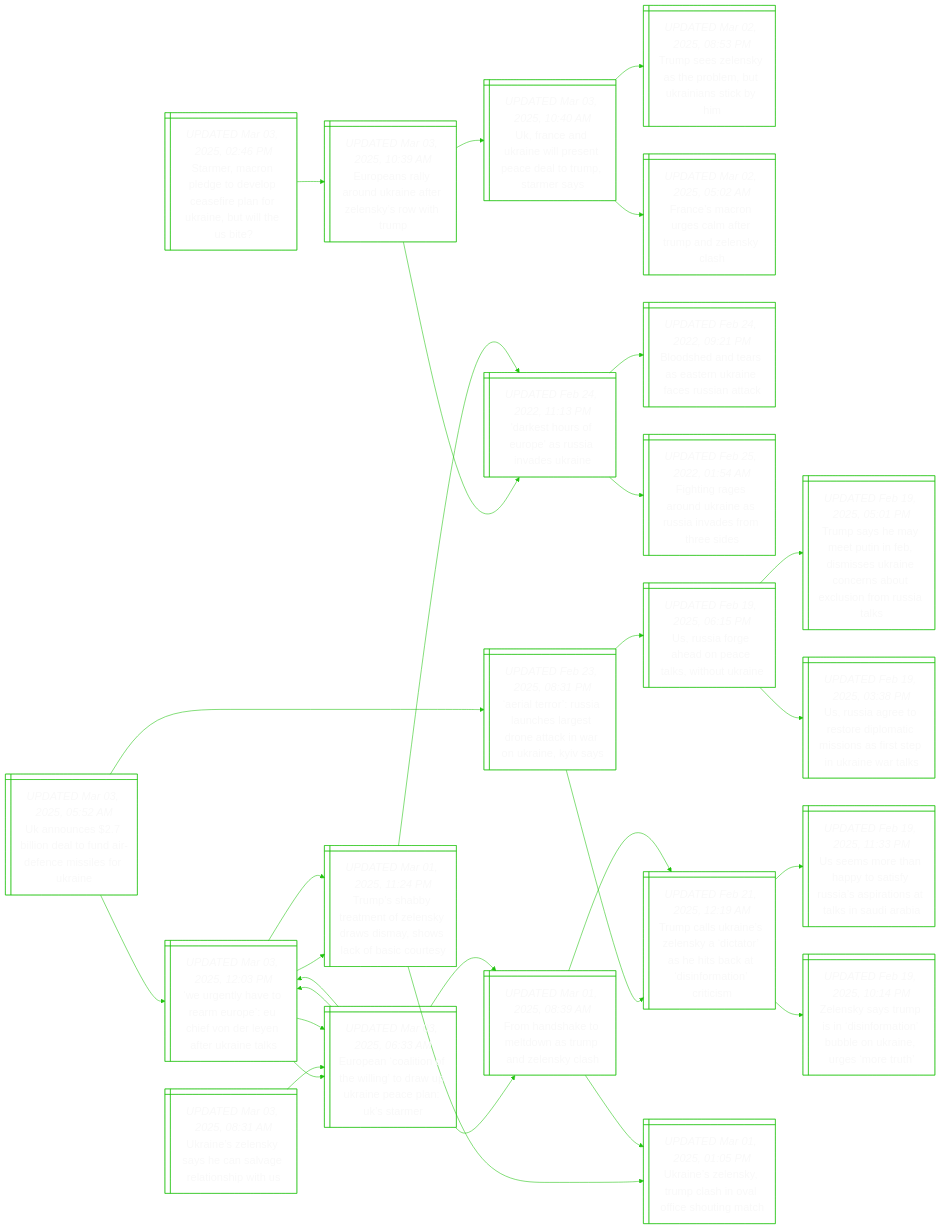
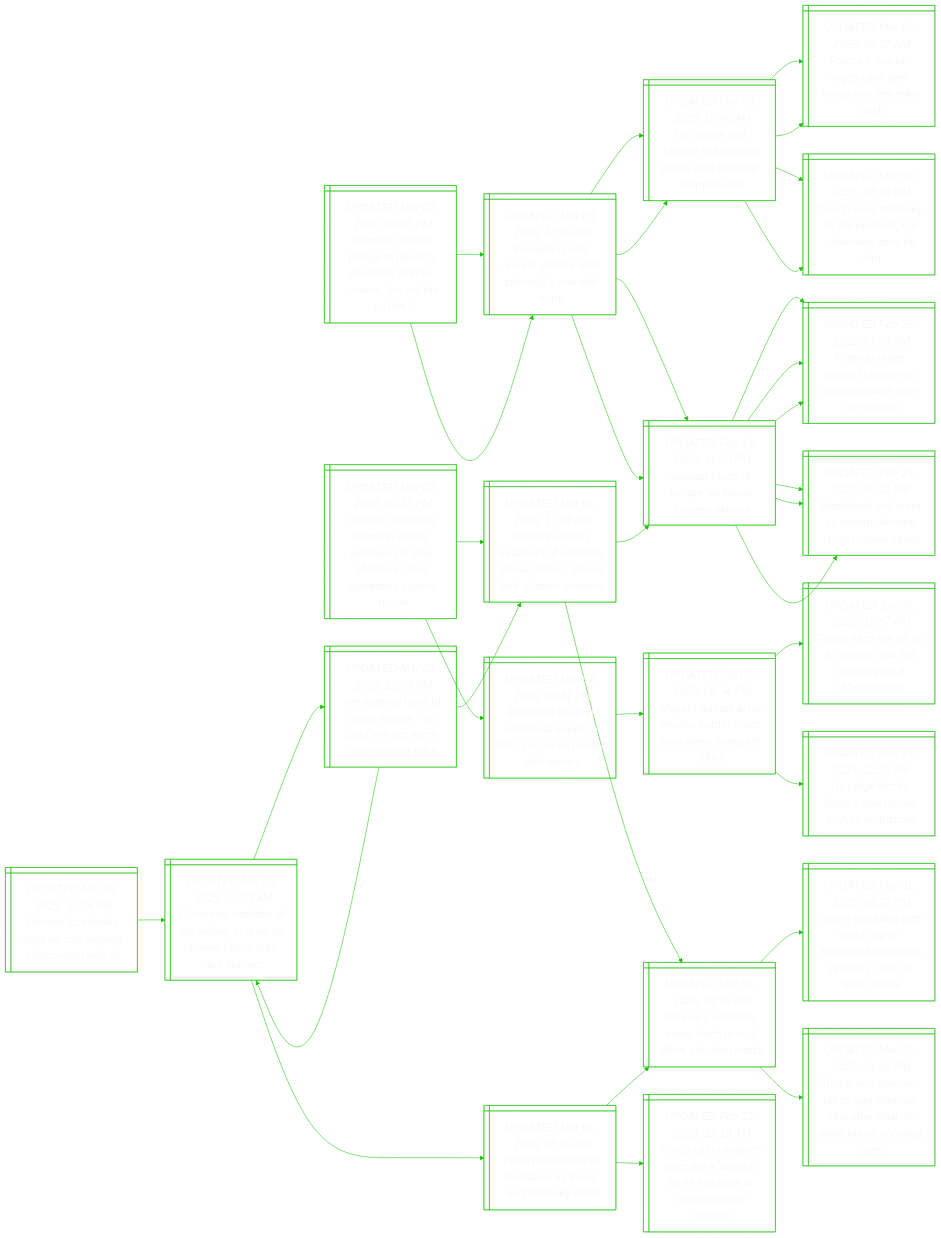
Before and after one commit to notJmes/notJmes: the diagram in README.md, drawn with Mermaid. The commit also changed other lines of this file, not shown here.

```diff
--- a/README.md
+++ b/README.md
@@ -16,8 +16,22 @@
 flowchart LR
 classDef txtsize font-size:20px;
 
-Sereolarnkeiet@{ shape: win-pane, label: "_UPDATED Mar 03, 2025, 02:46 PM_
+Sereolarnkeiet@{ shape: win-pane, label: "_UPDATED Mar 03, 2025, 06:16 PM_
 Starmer, macron pledge to develop ceasefire plan for ukraine, but will the us bite?" }
+EearUneesiu@{ shape: win-pane, label: "_UPDATED Mar 03, 2025, 10:39 AM_
+Europeans rally around ukraine after zelensky’s row with trump" }
+UndilseeTSes@{ shape: win-pane, label: "_UPDATED Mar 03, 2025, 10:40 AM_
+Uk, france and ukraine will present peace deal to trump, starmer says" }
+Tsekhbuanci@{ shape: win-pane, label: "_UPDATED Mar 02, 2025, 08:53 PM_
+Trump sees zelensky as the problem, but ukrainians stick by him" }
+FerglemZsa@{ shape: win-pane, label: "_UPDATED Mar 02, 2025, 05:02 AM_
+France’s macron urges calm after trump and zelensky clash" }
+DsruasvUn@{ shape: win-pane, label: "_UPDATED Feb 24, 2022, 11:13 PM_
+'darkest hours of europe' as russia invades ukraine" }
+Bsnranicsak@{ shape: win-pane, label: "_UPDATED Feb 24, 2022, 09:21 PM_
+Bloodshed and tears as eastern ukraine faces russian attack" }
+Figokesnsts@{ shape: win-pane, label: "_UPDATED Feb 25, 2022, 01:54 AM_
+Fighting rages around ukraine as russia invades from three sides" }
 EearUneesiu@{ shape: win-pane, label: "_UPDATED Mar 03, 2025, 10:39 AM_
 Europeans rally around ukraine after zelensky’s row with trump" }
 UndilseeTSes@{ shape: win-pane, label: "_UPDATED Mar 03, 2025, 10:40 AM_
@@ -40,54 +54,52 @@
 EearUneesiu:::txtsize --> DsruasvUn:::txtsize
 DsruasvUn:::txtsize --> Bsnranicsak:::txtsize
 DsruasvUn:::txtsize --> Figokesnsts:::txtsize
+Sereolarnkeiet:::txtsize --> EearUneesiu:::txtsize
+EearUneesiu:::txtsize --> UndilseeTSes:::txtsize
+UndilseeTSes:::txtsize --> Tsekhbuanci:::txtsize
+UndilseeTSes:::txtsize --> FerglemZsa:::txtsize
+EearUneesiu:::txtsize --> DsruasvUn:::txtsize
+DsruasvUn:::txtsize --> Bsnranicsak:::txtsize
+DsruasvUn:::txtsize --> Figokesnsts:::txtsize
 
-Uosiaurnsske@{ shape: win-pane, label: "_UPDATED Mar 03, 2025, 05:52 AM_
-Uk announces $2.7 billion deal to fund air-defence missiles for ukraine" }
-Alosuseotnniis@{ shape: win-pane, label: "_UPDATED Feb 23, 2025, 08:31 PM_
-‘aerial terror’: russia launches largest drone attack in war on ukraine, kyiv says" }
-TcUnlytaicioiis@{ shape: win-pane, label: "_UPDATED Feb 21, 2025, 12:19 AM_
-Trump calls ukraine’s zelensky a ‘dictator’ as he hits back at ‘disinformation’ criticism" }
-Umehtiusrnanii@{ shape: win-pane, label: "_UPDATED Feb 19, 2025, 11:33 PM_
-Us seems more than happy to satisfy russia’s aspirations at talks in saudi arabia" }
-Zsymnnaberumr@{ shape: win-pane, label: "_UPDATED Feb 19, 2025, 10:14 PM_
-Zelensky says trump is in ‘disinformation’ bubble on ukraine, urges ‘more truth’" }
-Usreptwua@{ shape: win-pane, label: "_UPDATED Feb 19, 2025, 06:15 PM_
-Us, russia forge ahead on peace talks, without ukraine" }
-TseetFseaonulnRas@{ shape: win-pane, label: "_UPDATED Feb 19, 2025, 05:01 PM_
-Trump says he may meet putin in feb, dismisses ukraine concerns about exclusion from russia talks" }
-Usrrrlisasprwl@{ shape: win-pane, label: "_UPDATED Feb 19, 2025, 03:38 PM_
-Us, russia agree to restore diplomatic missions as first step in ukraine war talks" }
-WehomphoLaUnk@{ shape: win-pane, label: "_UPDATED Mar 03, 2025, 12:03 PM_
-‘we urgently have to rearm europe’: eu chief von der leyen after ukraine talks" }
-Eeaohlouaelsm@{ shape: win-pane, label: "_UPDATED Mar 03, 2025, 06:33 AM_
-European ‘coalition of the willing’ to draw up ukraine peace plan: uk’s starmer" }
-FaamoTalyh@{ shape: win-pane, label: "_UPDATED Mar 01, 2025, 08:39 AM_
-From handshake to meltdown as trump and zelensky clash" }
-WehomphoLaUnk@{ shape: win-pane, label: "_UPDATED Mar 03, 2025, 12:03 PM_
-‘we urgently have to rearm europe’: eu chief von der leyen after ukraine talks" }
+Dcryedeotfverniu@{ shape: win-pane, label: "_UPDATED Mar 03, 2025, 02:13 PM_
+Defence secretary hegseth orders pentagon to stop offensive cyber operations against russia" }
 Tsbatlysawksuy@{ shape: win-pane, label: "_UPDATED Mar 01, 2025, 11:24 PM_
 Trump’s shabby treatment of zelensky draws dismay, shows lack of basic courtesy" }
 Unlyphaiogh@{ shape: win-pane, label: "_UPDATED Mar 01, 2025, 01:05 PM_
 Ukraine’s zelensky, trump clash in oval office shouting match" }
+TalytnretaWHsit@{ shape: win-pane, label: "_UPDATED Mar 01, 2025, 01:39 PM_
+Trump and zelensky fail to sign minerals deal after clash in white house shouting match" }
+YgitlIcsTZsaWH@{ shape: win-pane, label: "_UPDATED Mar 01, 2025, 06:27 PM_
+‘you’re gambling with world war iii’: excerpts from trump-zelensky clash at white house" }
 DsruasvUn@{ shape: win-pane, label: "_UPDATED Feb 24, 2022, 11:13 PM_
 'darkest hours of europe' as russia invades ukraine" }
+Bsnranicsak@{ shape: win-pane, label: "_UPDATED Feb 24, 2022, 09:21 PM_
+Bloodshed and tears as eastern ukraine faces russian attack" }
+Figokesnsts@{ shape: win-pane, label: "_UPDATED Feb 25, 2022, 01:54 AM_
+Fighting rages around ukraine as russia invades from three sides" }
+Pgsdortprowe@{ shape: win-pane, label: "_UPDATED Mar 02, 2025, 09:41 PM_
+Pentagon to send additional troops to help secure us border with mexico" }
+Mnetxolthufi@{ shape: win-pane, label: "_UPDATED Jan 07, 2025, 06:54 PM_
+Migrant arrests at us-mexico border lower than when trump left office" }
+Ugcdedyecs@{ shape: win-pane, label: "_UPDATED Nov 18, 2024, 12:24 PM_
+Us judge blocks biden's new border asylum restrictions" }
+Tshsabeelfnr@{ shape: win-pane, label: "_UPDATED Jan 06, 2025, 10:57 PM_
+Trump sees the us as a ‘disaster’ but the numbers tell a different story" }
 
-Uosiaurnsske:::txtsize --> Alosuseotnniis:::txtsize
-Alosuseotnniis:::txtsize --> TcUnlytaicioiis:::txtsize
-TcUnlytaicioiis:::txtsize --> Umehtiusrnanii:::txtsize
-TcUnlytaicioiis:::txtsize --> Zsymnnaberumr:::txtsize
-Alosuseotnniis:::txtsize --> Usreptwua:::txtsize
-Usreptwua:::txtsize --> TseetFseaonulnRas:::txtsize
-Usreptwua:::txtsize --> Usrrrlisasprwl:::txtsize
-Uosiaurnsske:::txtsize --> WehomphoLaUnk:::txtsize
-WehomphoLaUnk:::txtsize --> Eeaohlouaelsm:::txtsize
-Eeaohlouaelsm:::txtsize --> FaamoTalyh:::txtsize
-Eeaohlouaelsm:::txtsize --> WehomphoLaUnk:::txtsize
-WehomphoLaUnk:::txtsize --> Tsbatlysawksuy:::txtsize
+Dcryedeotfverniu:::txtsize --> Tsbatlysawksuy:::txtsize
 Tsbatlysawksuy:::txtsize --> Unlyphaiogh:::txtsize
+Unlyphaiogh:::txtsize --> TalytnretaWHsit:::txtsize
+Unlyphaiogh:::txtsize --> YgitlIcsTZsaWH:::txtsize
 Tsbatlysawksuy:::txtsize --> DsruasvUn:::txtsize
+DsruasvUn:::txtsize --> Bsnranicsak:::txtsize
+DsruasvUn:::txtsize --> Figokesnsts:::txtsize
+Dcryedeotfverniu:::txtsize --> Pgsdortprowe:::txtsize
+Pgsdortprowe:::txtsize --> Mnetxolthufi:::txtsize
+Mnetxolthufi:::txtsize --> Ugcdedyecs:::txtsize
+Mnetxolthufi:::txtsize --> Tshsabeelfnr:::txtsize
 
-Unlyhsgasi@{ shape: win-pane, label: "_UPDATED Mar 03, 2025, 08:31 AM_
+Unlyhsgasi@{ shape: win-pane, label: "_UPDATED Mar 03, 2025, 06:34 PM_
 Ukraine’s zelensky says he can salvage relationship with us" }
 Eeaohlouaelsm@{ shape: win-pane, label: "_UPDATED Mar 03, 2025, 06:33 AM_
 European ‘coalition of the willing’ to draw up ukraine peace plan: uk’s starmer" }
```
